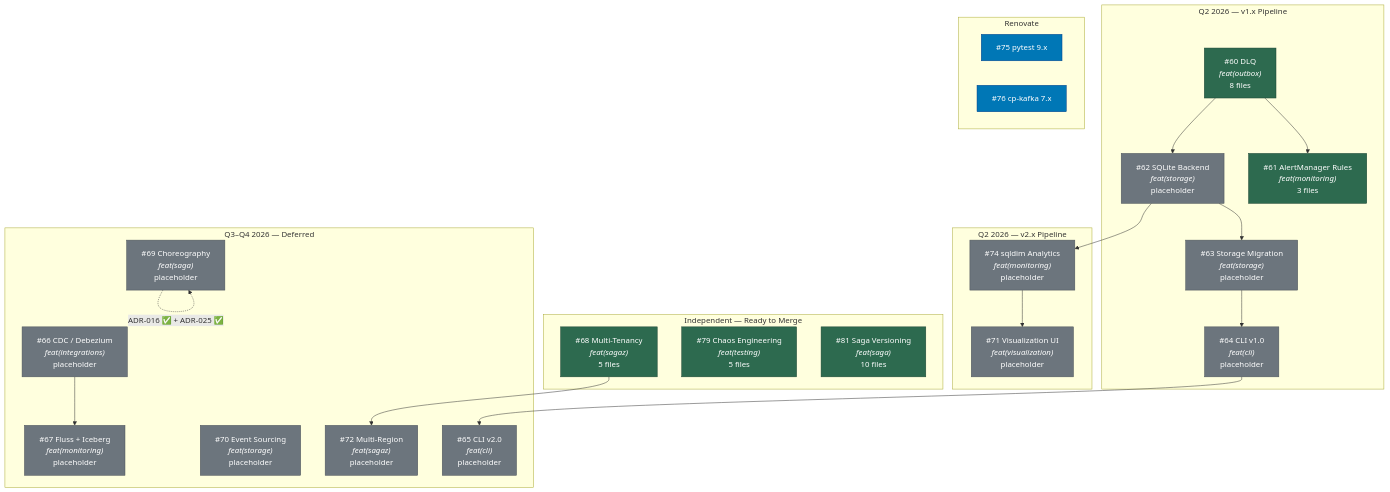
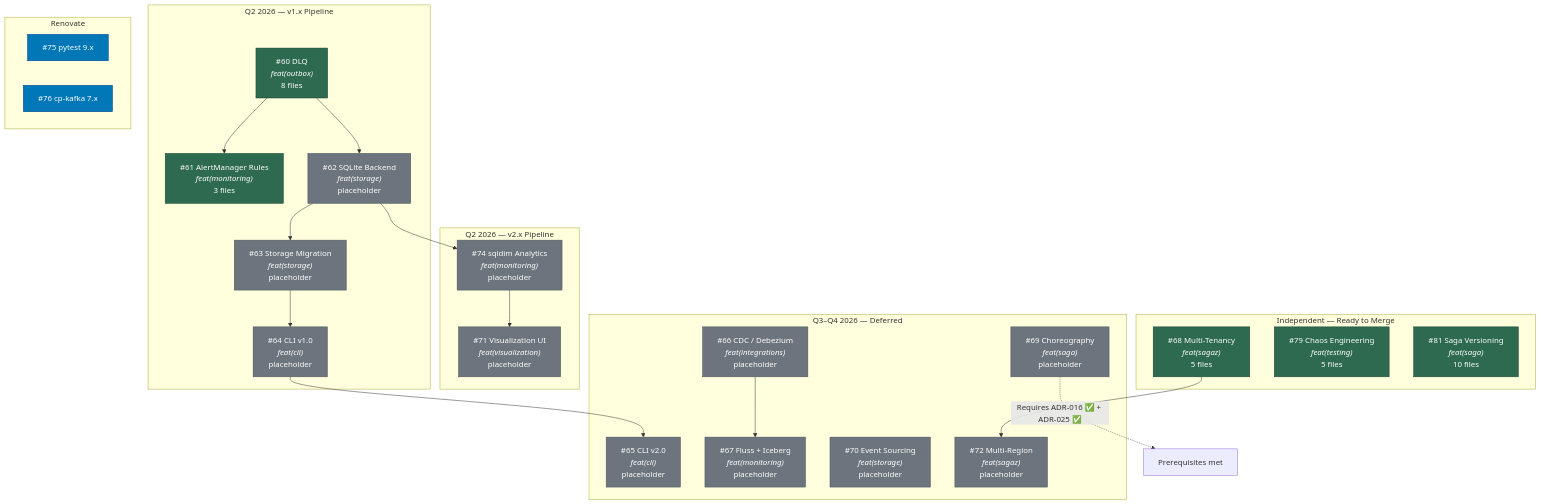
One commit to brunolnetto/sagaz changed the diagram in docs/planning/release-dag.md. Above: the diagram before and after it, drawn with Mermaid. The commit also changed other lines of this file and 1 other file, not shown here.

First line of the commit message:
docs(docs): address copilot suggestions and add release roadmap

````diff
--- a/docs/planning/release-dag.md
+++ b/docs/planning/release-dag.md
@@ -7,58 +7,58 @@
 ```mermaid
 graph TD
     subgraph "Q2 2026 — v1.x Pipeline"
         PR60["#60 DLQ<br/><i>feat(outbox)</i><br/>8 files"]
         PR61["#61 AlertManager Rules<br/><i>feat(monitoring)</i><br/>3 files"]
         PR62["#62 SQLite Backend<br/><i>feat(storage)</i><br/>placeholder"]
         PR63["#63 Storage Migration<br/><i>feat(storage)</i><br/>placeholder"]
         PR64["#64 CLI v1.0<br/><i>feat(cli)</i><br/>placeholder"]
     end
 
     subgraph "Q2 2026 — v2.x Pipeline"
         PR74["#74 sqldim Analytics<br/><i>feat(monitoring)</i><br/>placeholder"]
         PR71["#71 Visualization UI<br/><i>feat(visualization)</i><br/>placeholder"]
     end
 
     subgraph "Independent — Ready to Merge"
         PR68["#68 Multi-Tenancy<br/><i>feat(sagaz)</i><br/>5 files"]
         PR79["#79 Chaos Engineering<br/><i>feat(testing)</i><br/>5 files"]
         PR81["#81 Saga Versioning<br/><i>feat(saga)</i><br/>10 files"]
     end
 
     subgraph "Q3–Q4 2026 — Deferred"
         PR65["#65 CLI v2.0<br/><i>feat(cli)</i><br/>placeholder"]
         PR66["#66 CDC / Debezium<br/><i>feat(integrations)</i><br/>placeholder"]
         PR67["#67 Fluss + Iceberg<br/><i>feat(monitoring)</i><br/>placeholder"]
         PR69["#69 Choreography<br/><i>feat(saga)</i><br/>placeholder"]
         PR70["#70 Event Sourcing<br/><i>feat(storage)</i><br/>placeholder"]
         PR72["#72 Multi-Region<br/><i>feat(sagaz)</i><br/>placeholder"]
     end
 
     subgraph "Renovate"
         PR75["#75 pytest 9.x"]
         PR76["#76 cp-kafka 7.x"]
     end
 
     %% Q2 v1 chain
     PR60 --> PR61
     PR60 --> PR62
     PR62 --> PR63
     PR62 --> PR74
     PR63 --> PR64
     PR74 --> PR71
 
     %% Q3+ deferred dependencies
     PR64 --> PR65
     PR66 --> PR67
     PR68 --> PR72
-    PR69 -.->|"ADR-016 ✅ + ADR-025 ✅"| PR69
+    PR69 -.->|"Requires ADR-016 ✅ + ADR-025 ✅"| PR69_note["Prerequisites met"]
 
     %% Style
     classDef implemented fill:#2d6a4f,stroke:#1b4332,color:#fff
     classDef placeholder fill:#6c757d,stroke:#495057,color:#fff
     classDef renovate fill:#0077b6,stroke:#023e8a,color:#fff
 
     class PR60,PR61,PR68,PR79,PR81 implemented
     class PR62,PR63,PR64,PR65,PR66,PR67,PR69,PR70,PR71,PR72,PR74 placeholder
     class PR75,PR76 renovate
 ```
````
